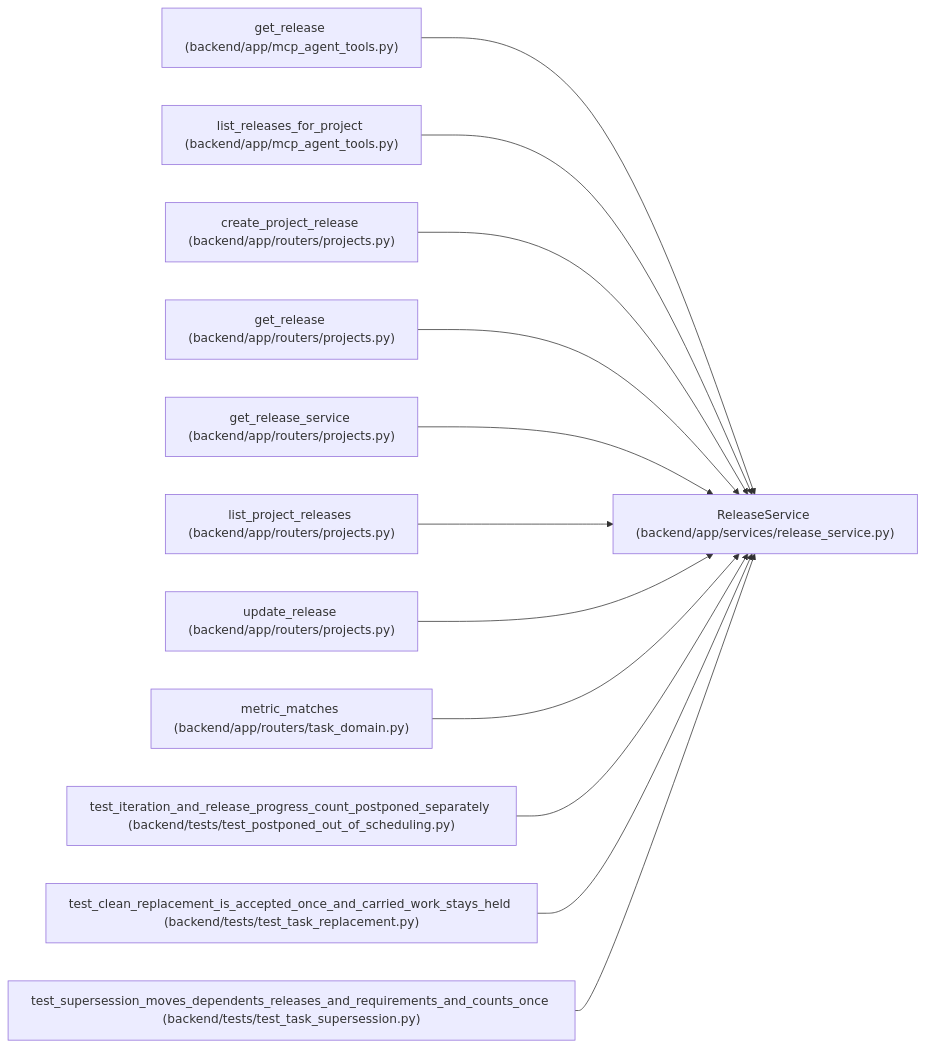
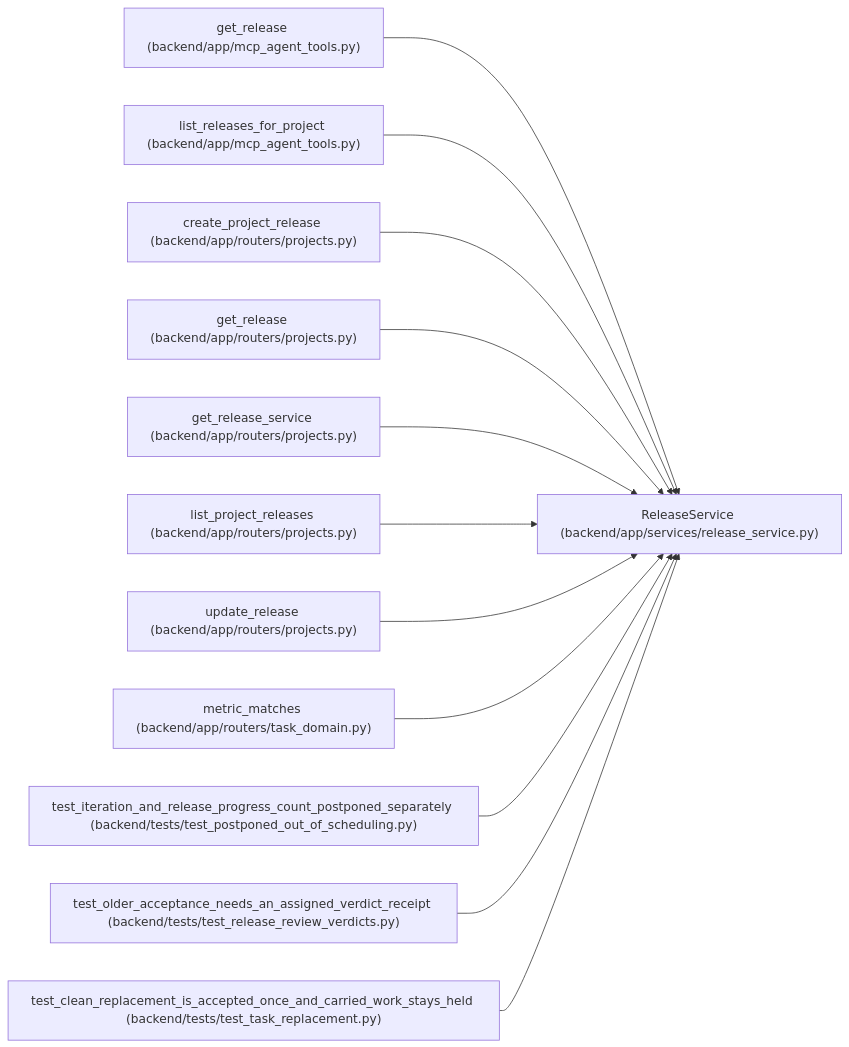
The diagram in docs/llm_wiki/entities/ReleaseService.md (Denissvgn/WorkChord), drawn with Mermaid before and after one commit. The commit also changed other lines of this file and 581 other files, not shown here.

Commit message:
Sync the architectural wiki for independent review evidence

````diff
--- a/docs/llm_wiki/entities/ReleaseService.md
+++ b/docs/llm_wiki/entities/ReleaseService.md
@@ -40,38 +40,38 @@
 ```mermaid
 flowchart LR
     n0["ReleaseService (backend/app/services/release_service.py)"]
     n1["get_release (backend/app/mcp_agent_tools.py)"]
     n2["list_releases_for_project (backend/app/mcp_agent_tools.py)"]
     n3["create_project_release (backend/app/routers/projects.py)"]
     n4["get_release (backend/app/routers/projects.py)"]
     n5["get_release_service (backend/app/routers/projects.py)"]
     n6["list_project_releases (backend/app/routers/projects.py)"]
     n7["update_release (backend/app/routers/projects.py)"]
     n8["metric_matches (backend/app/routers/task_domain.py)"]
     n9["test_iteration_and_release_progress_count_postponed_separately (backend/tests/test_postponed_out_of_scheduling.py)"]
-    n10["test_clean_replacement_is_accepted_once_and_carried_work_stays_held (backend/tests/test_task_replacement.py)"]
-    n11["test_supersession_moves_dependents_releases_and_requirements_and_counts_once (backend/tests/test_task_supersession.py)"]
+    n10["test_older_acceptance_needs_an_assigned_verdict_receipt (backend/tests/test_release_review_verdicts.py)"]
+    n11["test_clean_replacement_is_accepted_once_and_carried_work_stays_held (backend/tests/test_task_replacement.py)"]
     n1 --> n0
     n2 --> n0
     n3 --> n0
     n4 --> n0
     n5 --> n0
     n6 --> n0
     n7 --> n0
     n8 --> n0
     n9 --> n0
     n10 --> n0
     n11 --> n0
     click n0 "../modules/release_service.md"
     click n1 "../modules/mcp_agent_tools.md"
     click n2 "../modules/mcp_agent_tools.md"
     click n3 "../modules/projects.md"
     click n4 "../modules/projects.md"
     click n5 "../modules/projects.md"
     click n6 "../modules/projects.md"
     click n7 "../modules/projects.md"
     click n8 "../modules/routers_task_domain.md"
     click n9 "../modules/test_postponed_out_of_scheduling.md"
-    click n10 "../modules/test_task_replacement.md"
-    click n11 "../modules/test_task_supersession.md"
+    click n10 "../modules/test_release_review_verdicts.md"
+    click n11 "../modules/test_task_replacement.md"
 ```
````
